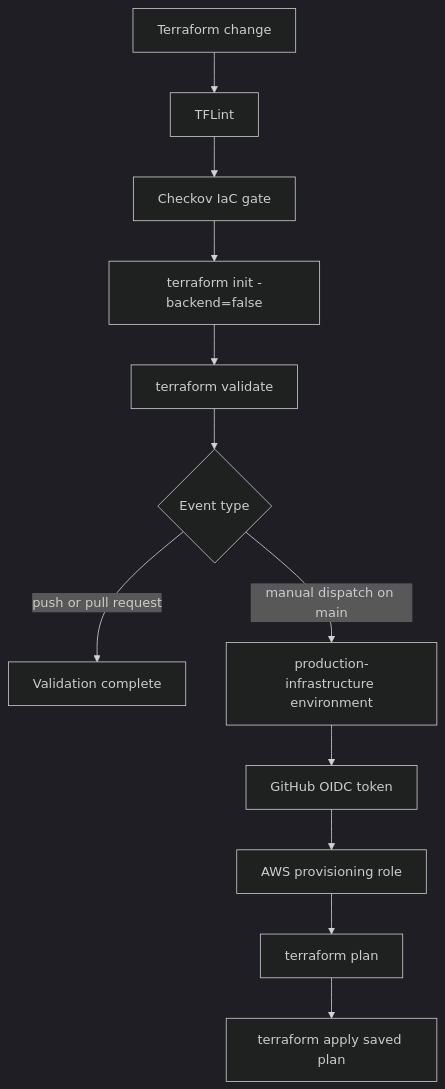
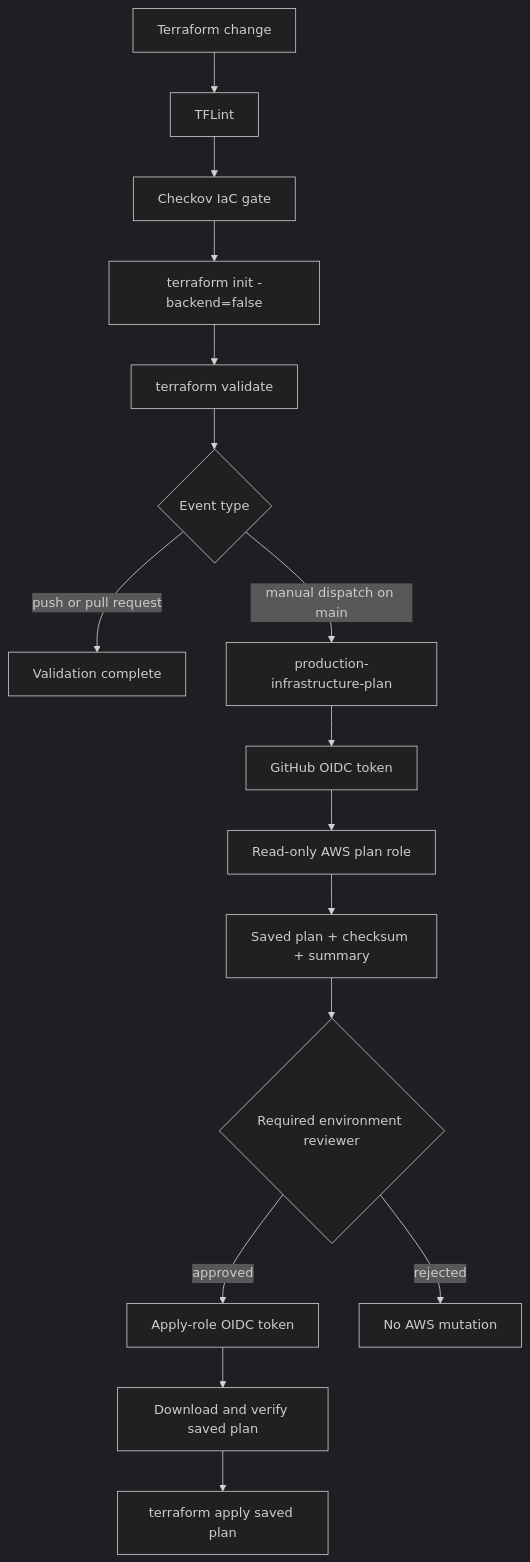
Before and after one commit to h1zardian/devsecops-pipeline-project: the third of 3 diagrams in docs/pipeline-flow.md, drawn with Mermaid (dark theme). The commit also changed other lines of this file and 16 other files, not shown here.

````diff
--- a/docs/pipeline-flow.md
+++ b/docs/pipeline-flow.md
@@ -175,14 +175,18 @@
 ```mermaid
 flowchart TD
     TFChange[Terraform change] --> TFLint[TFLint]
     TFLint --> Checkov[Checkov IaC gate]
     Checkov --> Init[terraform init -backend=false]
     Init --> Validate[terraform validate]
     Validate --> Event{Event type}
     Event -->|push or pull request| Stop[Validation complete]
-    Event -->|manual dispatch on main| Environment[production-infrastructure environment]
-    Environment --> OIDC[GitHub OIDC token]
-    OIDC --> Role[AWS provisioning role]
-    Role --> Plan[terraform plan]
-    Plan --> Apply[terraform apply saved plan]
+    Event -->|manual dispatch on main| PlanEnv[production-infrastructure-plan]
+    PlanEnv --> PlanOIDC[GitHub OIDC token]
+    PlanOIDC --> ReadRole[Read-only AWS plan role]
+    ReadRole --> Plan[Saved plan + checksum + summary]
+    Plan --> Approval{Required environment reviewer}
+    Approval -->|approved| ApplyOIDC[Apply-role OIDC token]
+    Approval -->|rejected| StopApply[No AWS mutation]
+    ApplyOIDC --> Verify[Download and verify saved plan]
+    Verify --> Apply[terraform apply saved plan]
 ```
````
